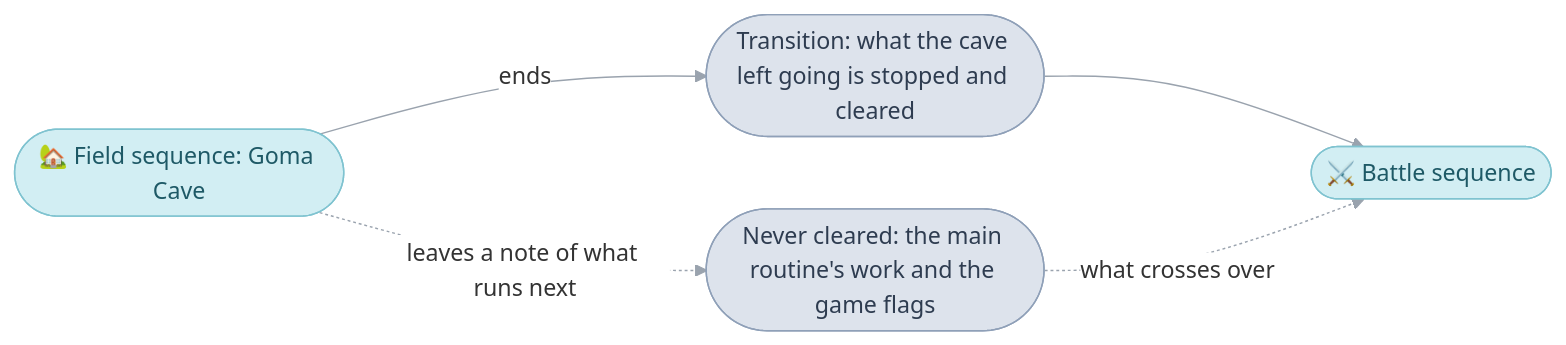
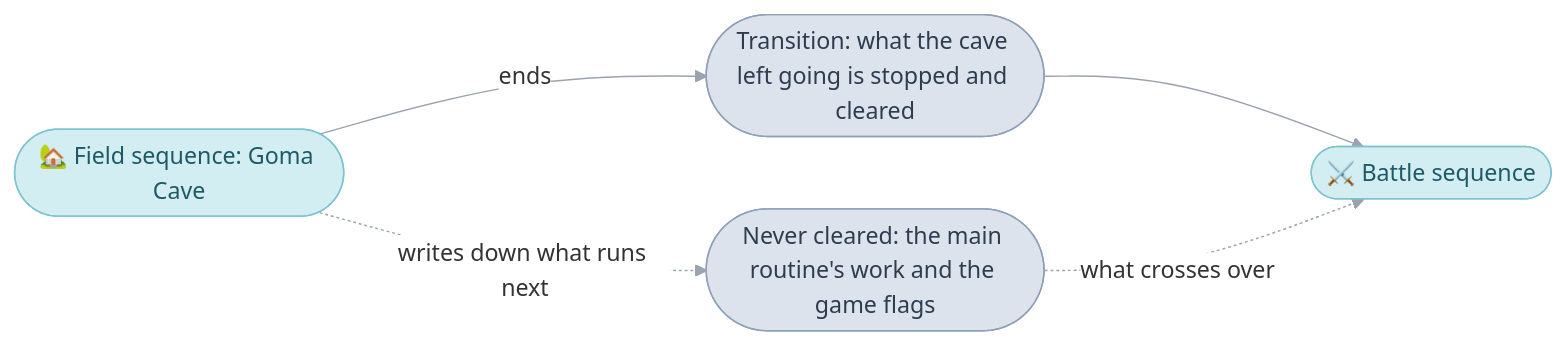
One commit to PascalPixel/alchemy changed the diagram in games/tbs/system.md. Above: the diagram before and after it, drawn with Mermaid. The commit also changed other lines of this file and 20 other files, not shown here.

````diff
--- a/games/tbs/system.md
+++ b/games/tbs/system.md
@@ -80,12 +80,12 @@
 ```mermaid
 %%{init: {"theme": "base", "themeVariables": {"lineColor": "#9AA3AE", "edgeLabelBackground": "#FFFFFF"}, "flowchart": {"curve": "basis", "padding": 12}}}%%
 flowchart LR
   cave(["🏡 Field sequence: Goma Cave"]) -- "ends" --> clear(["Transition: what the cave left going is stopped and cleared"])
   clear --> battle(["⚔️ Battle sequence"])
-  cave -. "leaves a note of what runs next" .-> kept(["Never cleared: the main routine's work and the game flags"])
+  cave -. "writes down what runs next" .-> kept(["Never cleared: the main routine's work and the game flags"])
   kept -. "what crosses over" .-> battle
   classDef mainRoutine fill:#DDE3EC,stroke:#8FA0B8,color:#2E3C50
   classDef sequence fill:#D2EEF3,stroke:#7FC3D0,color:#1E5966
   class clear,kept mainRoutine
   class cave,battle sequence
 ```
````
